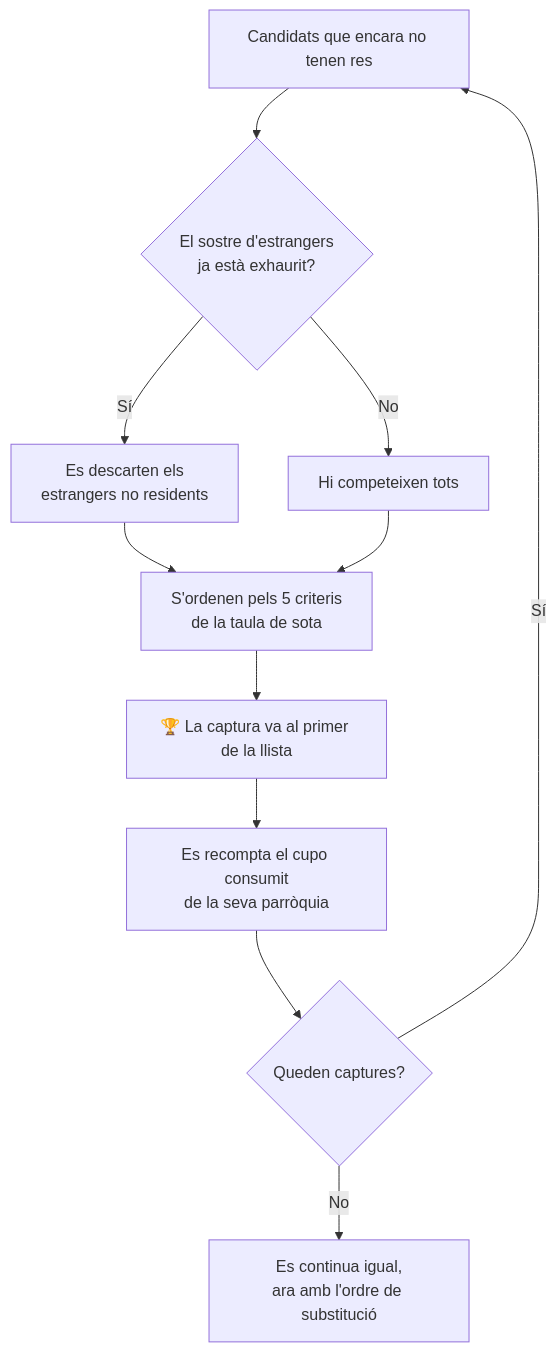
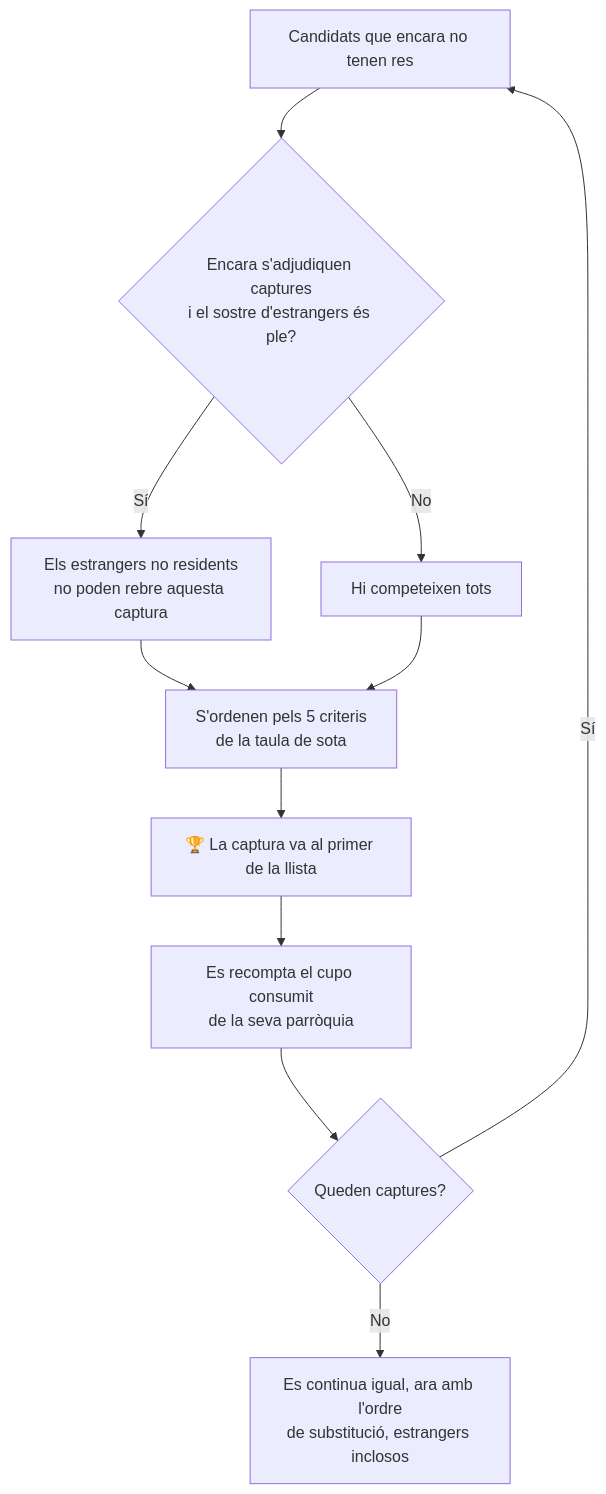
One commit to jordiordonez/sorteig_fauna changed the third of 7 diagrams in manual.md. Above: the diagram before and after it, drawn with Mermaid. The commit also changed other lines of this file and 7 other files, not shown here.

````diff
--- a/manual.md
+++ b/manual.md
@@ -213,13 +223,13 @@
 ```mermaid
 flowchart TD
-    A["Candidats que encara no tenen res"] --> B{"El sostre d'estrangers<br/>ja està exhaurit?"}
-    B -->|Sí| C["Es descarten els<br/>estrangers no residents"]
+    A["Candidats que encara no tenen res"] --> B{"Encara s'adjudiquen captures<br/>i el sostre d'estrangers és ple?"}
+    B -->|Sí| C["Els estrangers no residents<br/>no poden rebre aquesta captura"]
     B -->|No| D["Hi competeixen tots"]
     C --> E["S'ordenen pels 5 criteris<br/>de la taula de sota"]
     D --> E
     E --> F["🏆 La captura va al primer de la llista"]
     F --> G["Es recompta el cupo consumit<br/>de la seva parròquia"]
     G --> H{"Queden captures?"}
     H -->|Sí| A
-    H -->|No| I["Es continua igual,<br/>ara amb l'ordre de substitució"]
+    H -->|No| I["Es continua igual, ara amb l'ordre<br/>de substitució, estrangers inclosos"]
 ```
````
